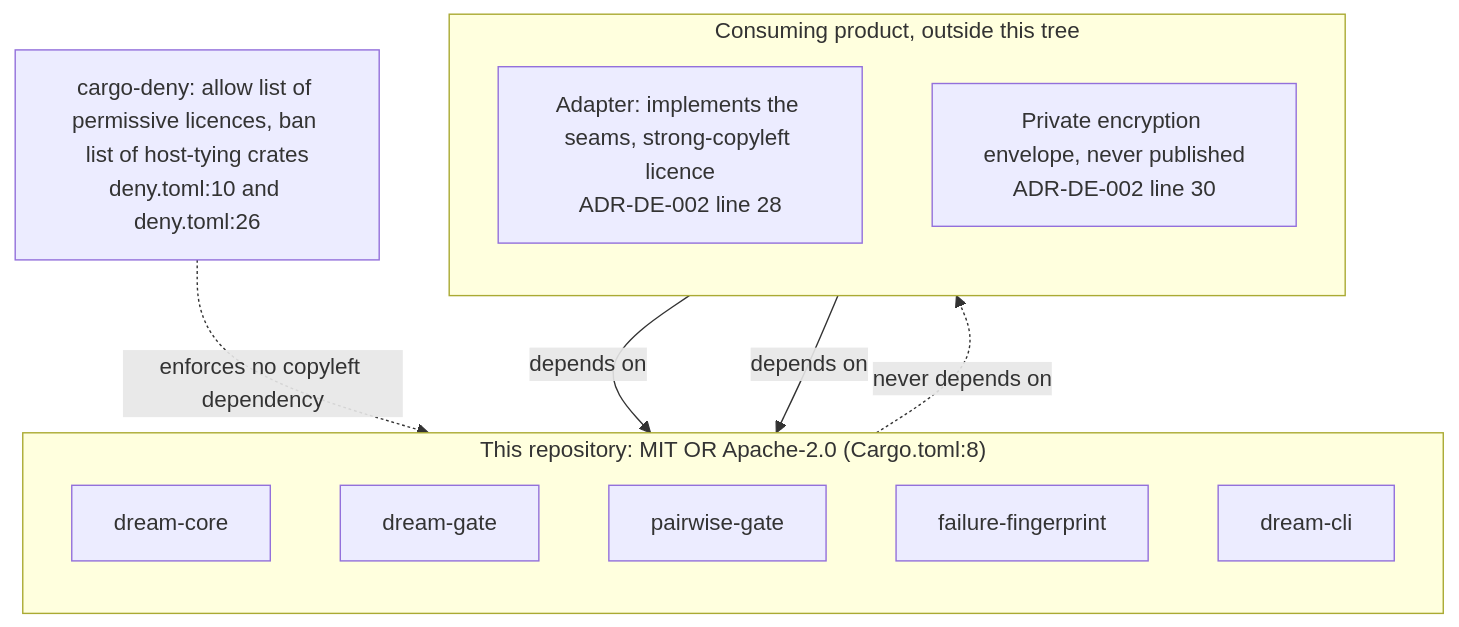
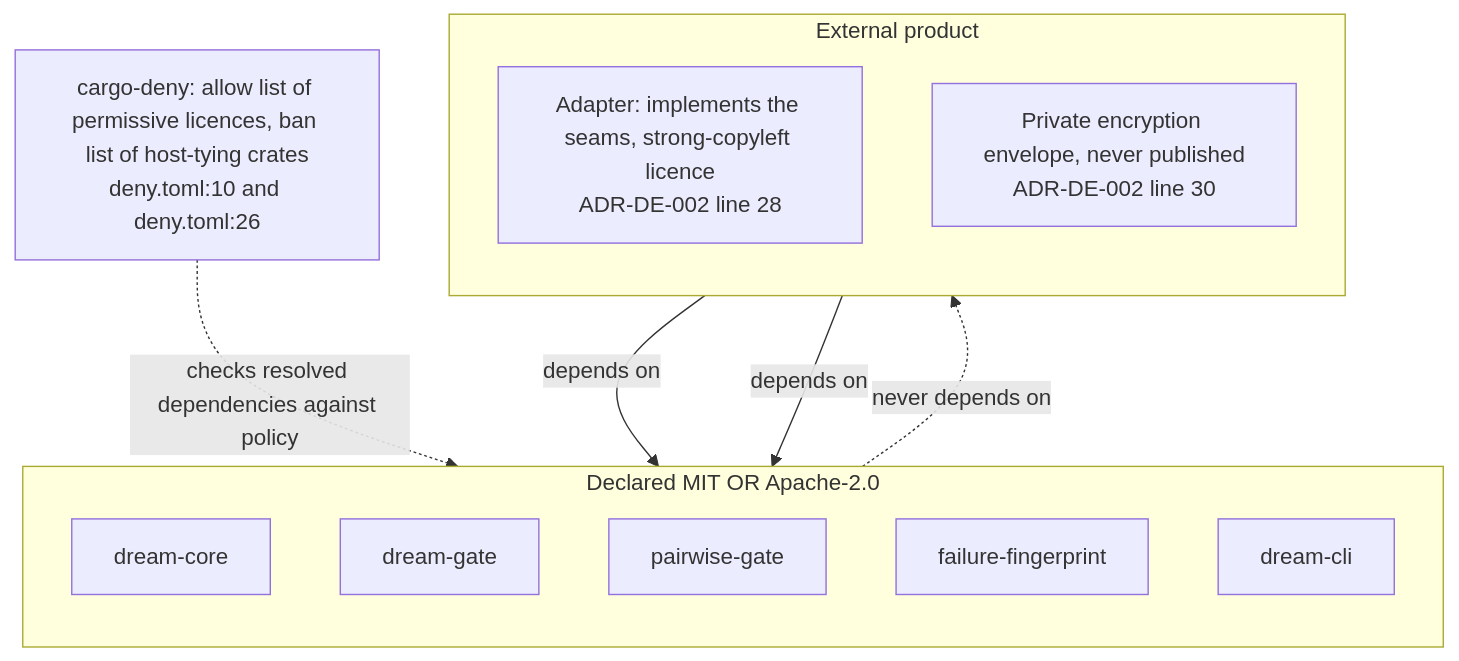
One commit to DreamLab-AI/dream-engine changed the second of 2 diagrams in docs/diagrams/crates/01-crate-dependency-dag-and-the-licence-boundary.md. Above: the diagram before and after it, drawn with Mermaid. The commit also changed other lines of this file and 11 other files, not shown here.

Commit message:
docs: reconcile all dream-engine diagrams with current source contracts

````diff
--- a/docs/diagrams/crates/01-crate-dependency-dag-and-the-licence-boundary.md
+++ b/docs/diagrams/crates/01-crate-dependency-dag-and-the-licence-boundary.md
@@ -71,21 +64,21 @@
 ```mermaid
 flowchart TB
-    subgraph PERM["This repository: MIT OR Apache-2.0 (Cargo.toml:8)"]
+    subgraph PERM["Declared MIT OR Apache-2.0"]
         direction TB
         C1["dream-core"]
         C2["dream-gate"]
         C3["pairwise-gate"]
         C4["failure-fingerprint"]
         C5["dream-cli"]
     end
     BAN["cargo-deny: allow list of permissive licences, ban list of host-tying crates<br/>deny.toml:10 and deny.toml:26"]
-    subgraph PRODUCT["Consuming product, outside this tree"]
+    subgraph PRODUCT["External product"]
         direction TB
         AD["Adapter: implements the seams, strong-copyleft licence<br/>ADR-DE-002 line 28"]
         ENV["Private encryption envelope, never published<br/>ADR-DE-002 line 30"]
     end
     AD -->|"depends on"| C1
     AD -->|"depends on"| C2
-    BAN -.->|"enforces no copyleft dependency"| PERM
+    BAN -.->|"checks resolved dependencies against policy"| PERM
     C1 -.->|"never depends on"| AD
 ```
````
